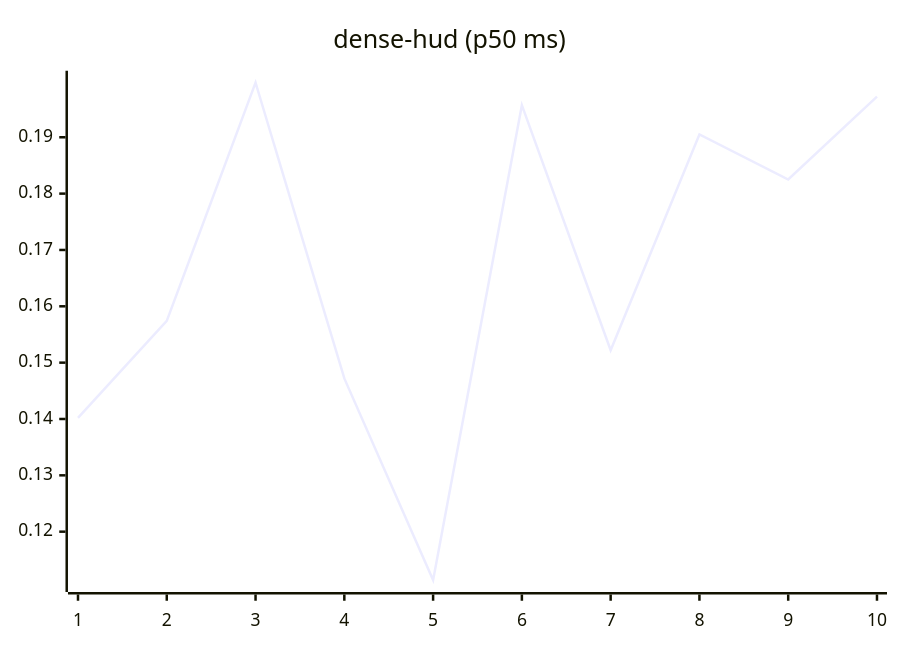
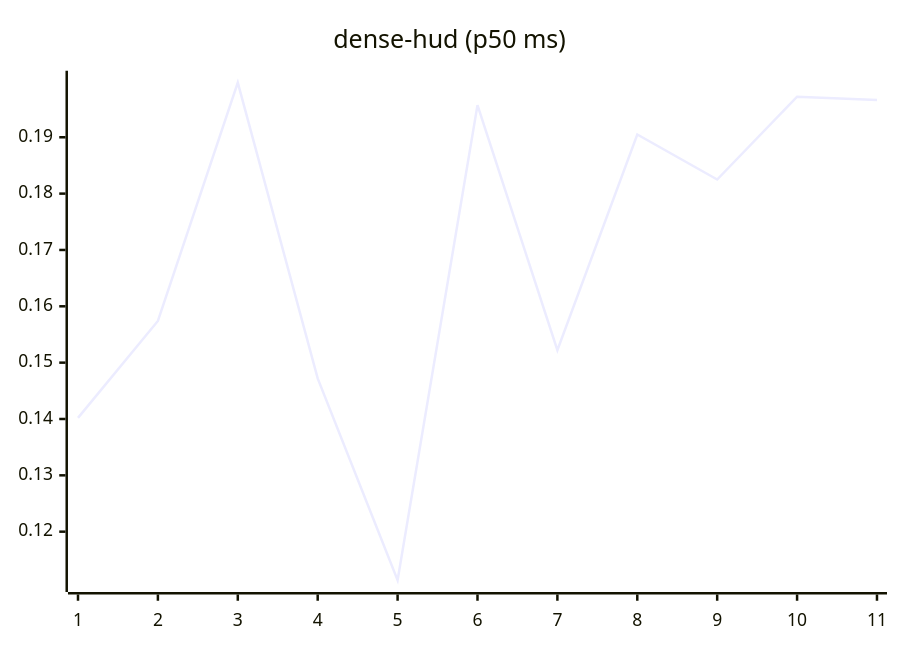
Before and after one commit to josha/Facet: the eighth of 27 diagrams in README.md, drawn with Mermaid. The commit also changed other lines of this file and 2 other files, not shown here.

````diff
--- a/README.md
+++ b/README.md
@@ -112,6 +112,6 @@
 ```mermaid
 xychart-beta
     title "dense-hud (p50 ms)"
-    x-axis 1 --> 10
-    line [0.1402, 0.1574, 0.1997, 0.1472, 0.1114, 0.1957, 0.1522, 0.1905, 0.1825, 0.1972]
+    x-axis 1 --> 11
+    line [0.1402, 0.1574, 0.1997, 0.1472, 0.1114, 0.1957, 0.1522, 0.1905, 0.1825, 0.1972, 0.1966]
 ```
````
